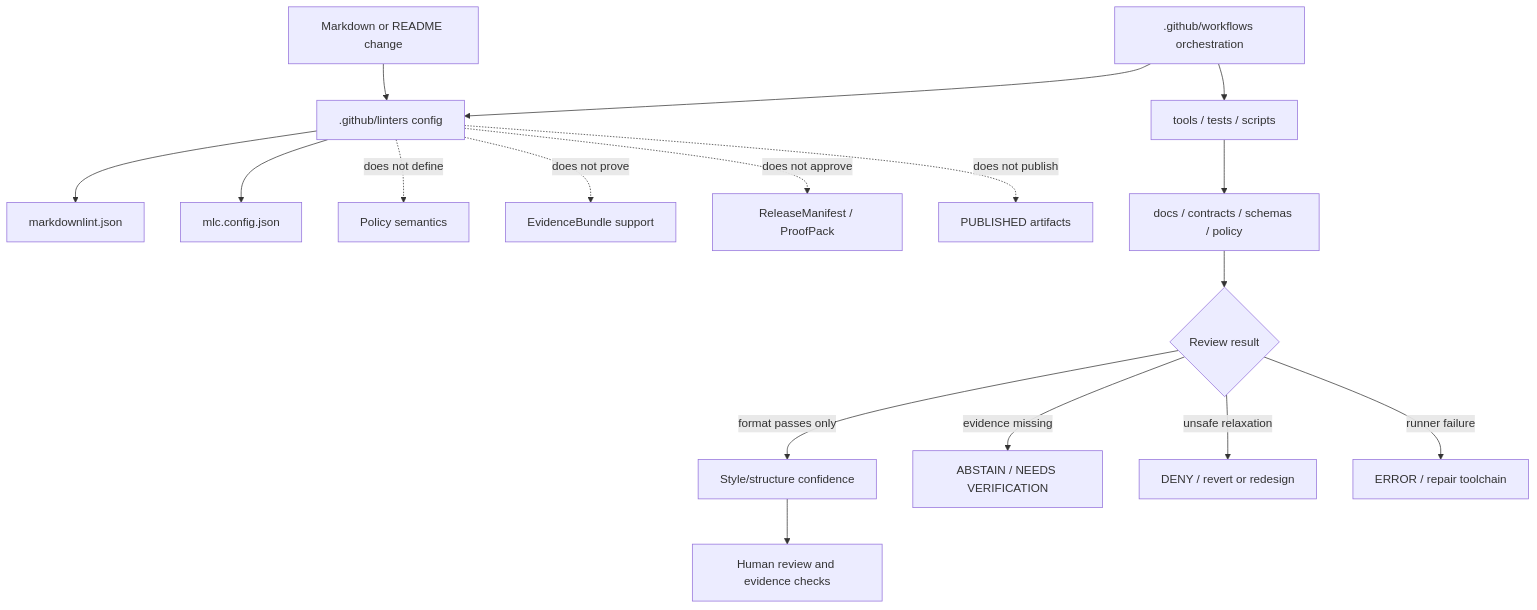
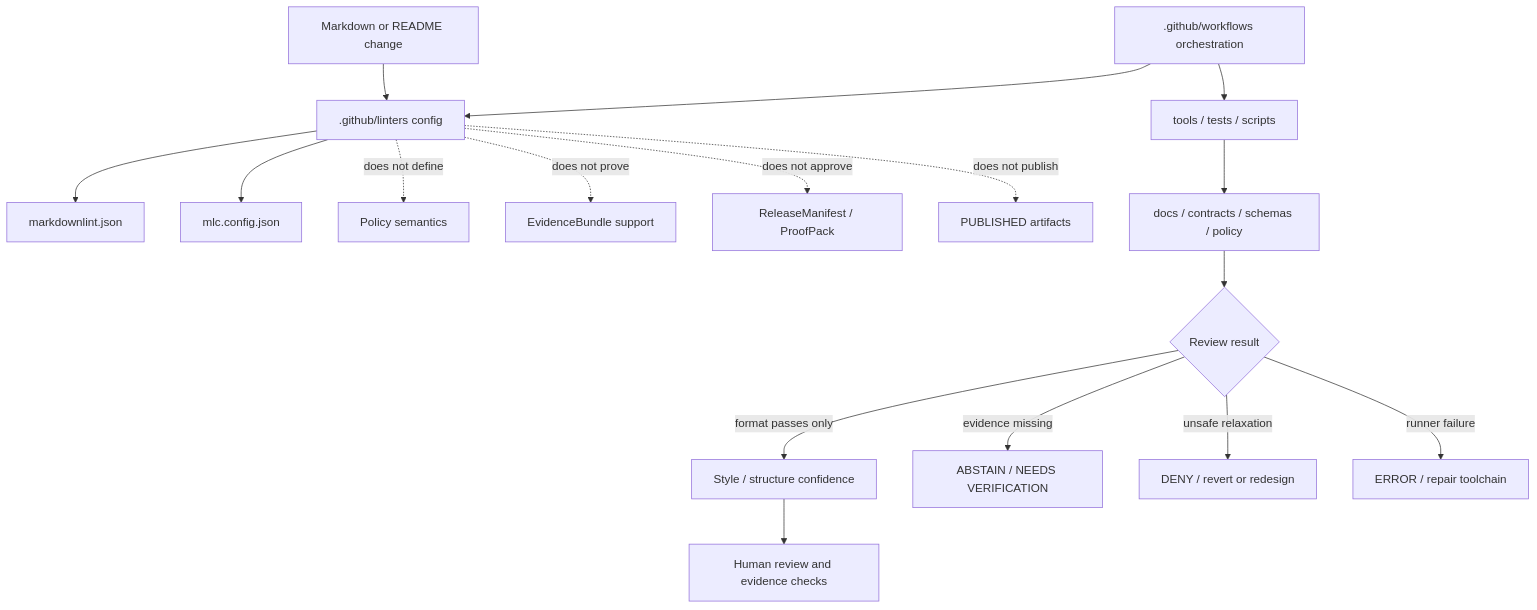
The diagram in .github/linters/README.md (bartytime4life/Kansas-Frontier-Matrix), drawn with Mermaid before and after one commit. The commit also changed other lines of this file, not shown here.

````diff
--- a/.github/linters/README.md
+++ b/.github/linters/README.md
@@ -342,23 +470,23 @@
 ```mermaid
 flowchart TD
   change["Markdown or README change"] --> config[".github/linters config"]
   config --> md["markdownlint.json"]
   config --> mlc["mlc.config.json"]
 
   workflow[".github/workflows orchestration"] --> config
   workflow --> tools["tools / tests / scripts"]
   tools --> docs["docs / contracts / schemas / policy"]
 
   docs --> review{"Review result"}
-  review -->|format passes only| bounded["Style/structure confidence"]
+  review -->|format passes only| bounded["Style / structure confidence"]
   review -->|evidence missing| abstain["ABSTAIN / NEEDS VERIFICATION"]
   review -->|unsafe relaxation| deny["DENY / revert or redesign"]
   review -->|runner failure| error["ERROR / repair toolchain"]
 
   bounded --> human["Human review and evidence checks"]
 
   config -. "does not define" .-> policy["Policy semantics"]
   config -. "does not prove" .-> evidence["EvidenceBundle support"]
   config -. "does not approve" .-> release["ReleaseManifest / ProofPack"]
   config -. "does not publish" .-> public["PUBLISHED artifacts"]
 ```
````
